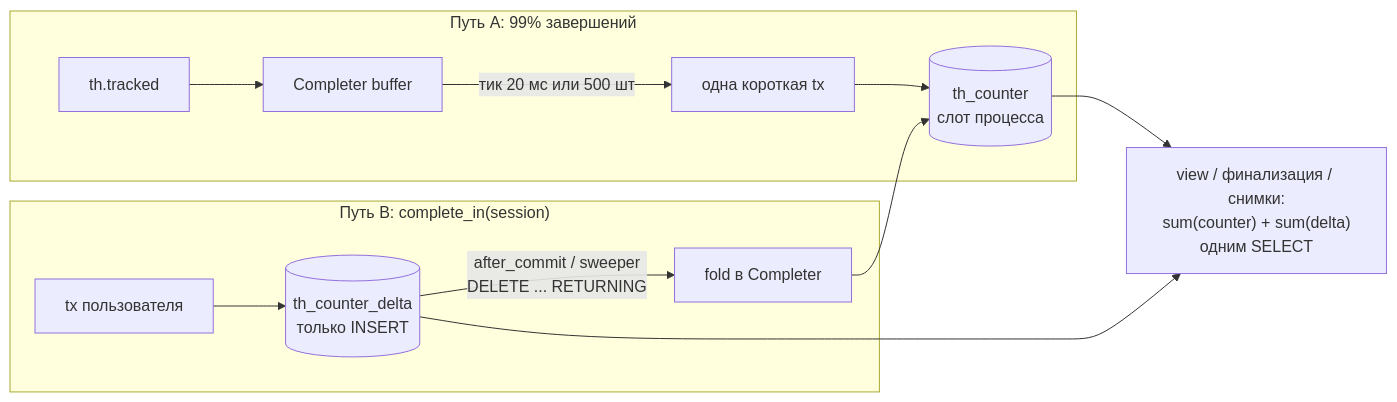
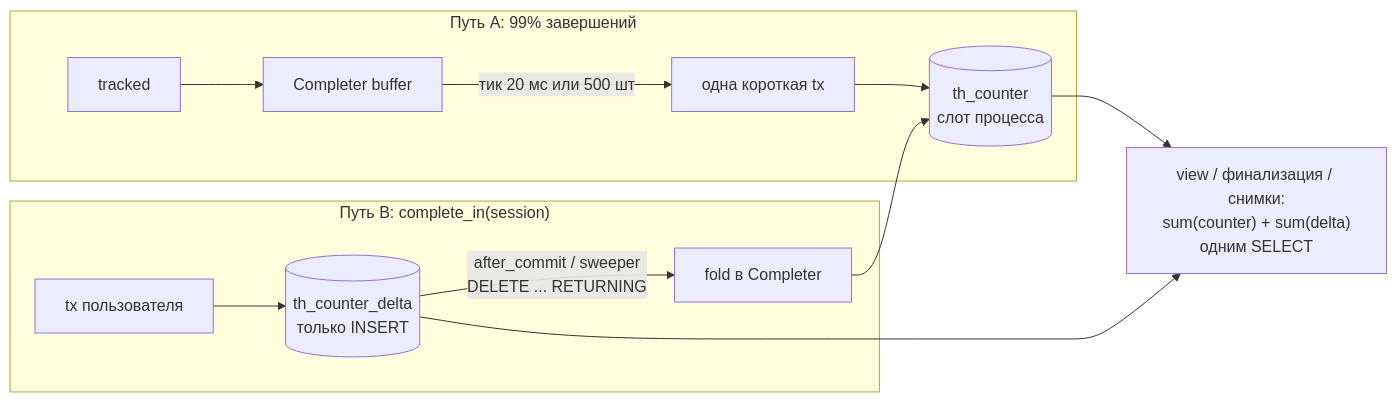
Before and after one commit to 0cherednoq/Tallyho: diagram 31 of 40 in docs/ARCHITECTURE.md, drawn with Mermaid. The commit also changed other lines of this file, not shown here.

First line of the commit message:
Fix-13: ARCHITECTURE — публичный API задачи и потоковое добавление

````diff
--- a/docs/ARCHITECTURE.md
+++ b/docs/ARCHITECTURE.md
@@ -1413,15 +1421,15 @@
 ```mermaid
 flowchart LR
     subgraph A["Путь A: 99% завершений"]
-        a1["th.tracked"] --> a2["Completer buffer"]
+        a1["tracked"] --> a2["Completer buffer"]
         a2 -->|"тик 20 мс или 500 шт"| a3["одна короткая tx"]
         a3 --> ctr[("th_counter<br/>слот процесса")]
     end
     subgraph B["Путь B: complete_in(session)"]
         b1["tx пользователя"] --> b2[("th_counter_delta<br/>только INSERT")]
         b2 -->|"after_commit / sweeper<br/>DELETE ... RETURNING"| fold["fold в Completer"]
         fold --> ctr
     end
     ctr --> read["view / финализация / снимки:<br/>sum(counter) + sum(delta)<br/>одним SELECT"]
     b2 --> read
 ```
````
